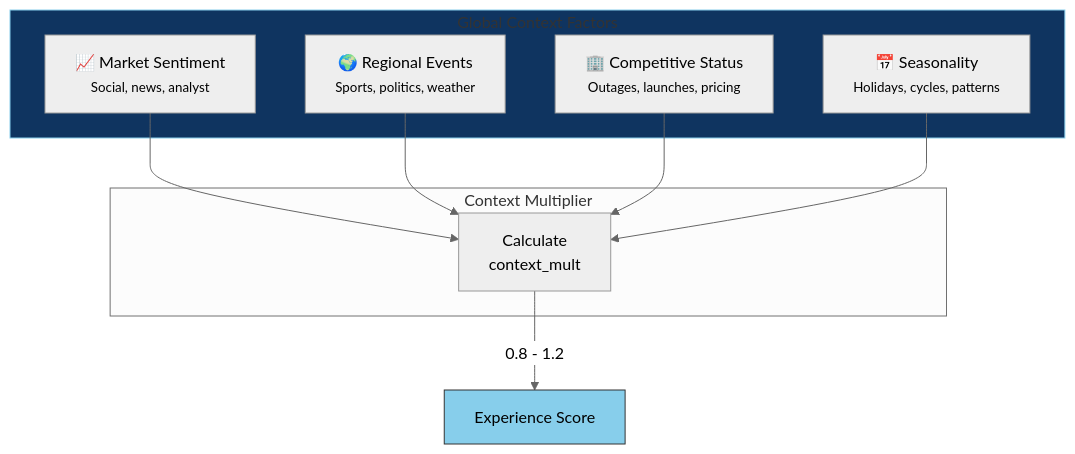
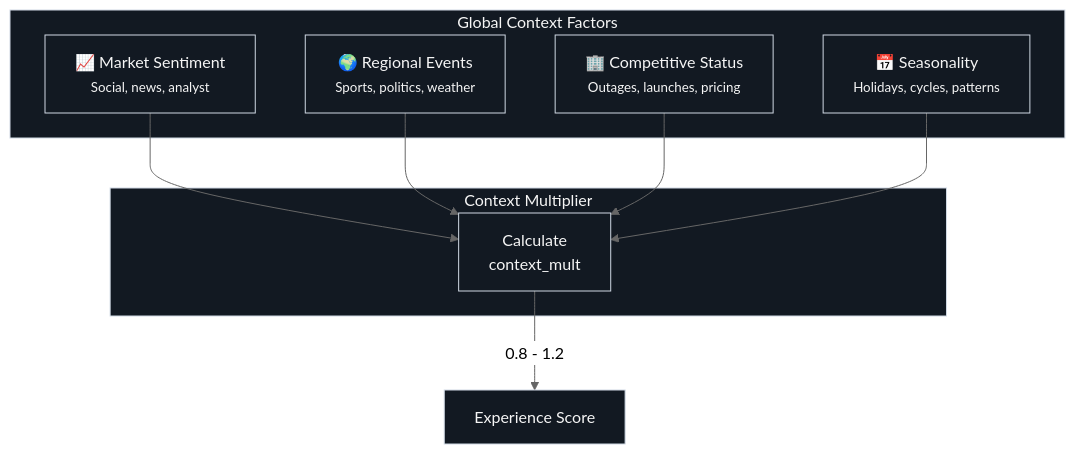
Before and after one commit to nmcitra/ktp-rfc: the second of 2 diagrams in docs/learn/telemetry.md, drawn with Mermaid (neutral theme). The commit also changed other lines of this file and 77 other files, not shown here.

````diff
--- a/docs/learn/telemetry.md
+++ b/docs/learn/telemetry.md
@@ -333,23 +735,25 @@
 ```mermaid
 flowchart TB
     subgraph CONTEXT["Global Context Factors"]
         MKT[📈 Market Sentiment<br/><small>Social, news, analyst</small>]
         REG[🌍 Regional Events<br/><small>Sports, politics, weather</small>]
         CMP[🏢 Competitive Status<br/><small>Outages, launches, pricing</small>]
         SEA[📅 Seasonality<br/><small>Holidays, cycles, patterns</small>]
     end
     
     subgraph ADJUST["Context Multiplier"]
         CALC[Calculate<br/>context_mult]
     end
     
     MKT --> CALC
     REG --> CALC
     CMP --> CALC
     SEA --> CALC
     
     CALC --> |0.8 - 1.2| ESCORE[Experience Score]
-    
-    style CONTEXT fill:#0f3460,stroke:#87CEEB
-    style ESCORE fill:#87CEEB,stroke:#333,color:#000
+
+    classDef dark fill:#121922,stroke:#cfd8e3,color:#f5f5f5;
+    class MKT,REG,CMP,SEA,CALC,ESCORE dark;
+    style CONTEXT fill:#121922,stroke:#cfd8e3,color:#f5f5f5
+    style ADJUST fill:#121922,stroke:#cfd8e3,color:#f5f5f5
 ```
````
